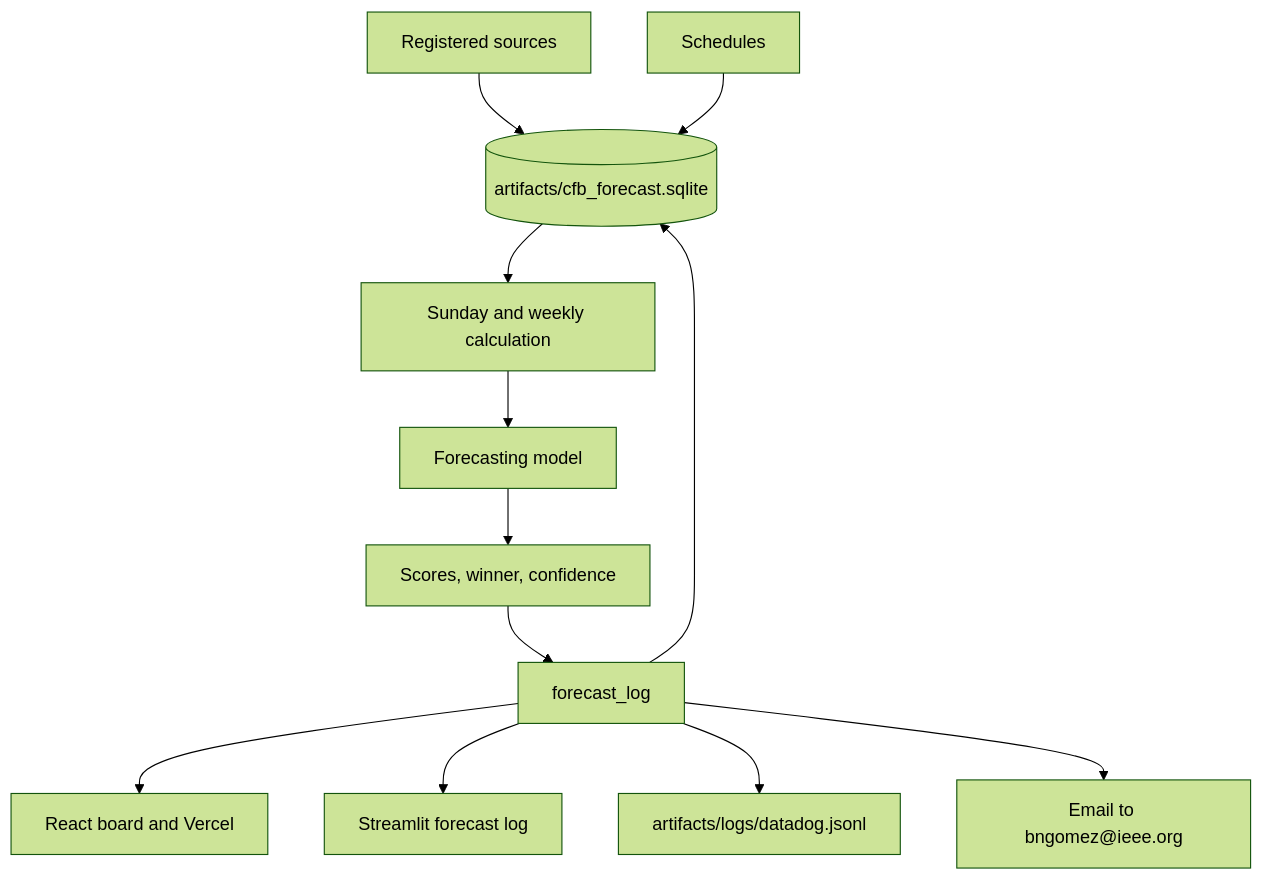
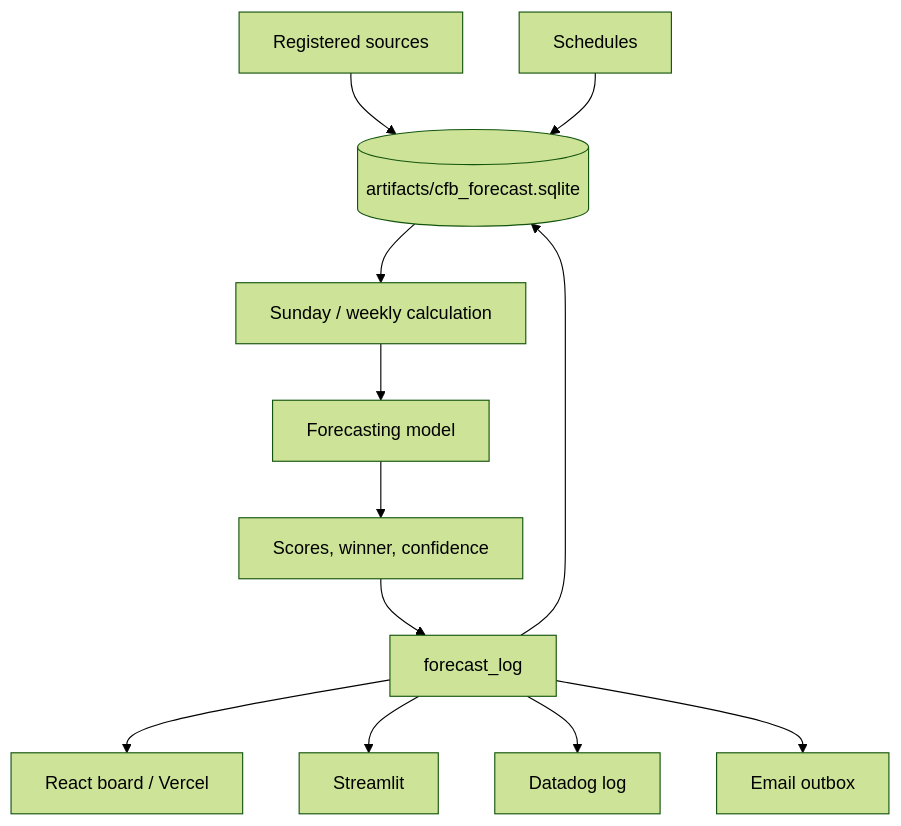
One commit to bngomez98/cfb-forecast changed the diagram in README.md. Above: the diagram before and after it, drawn with Mermaid (forest theme). The commit also changed other lines of this file, not shown here.

````diff
--- a/README.md
+++ b/README.md
@@ -44,14 +46,14 @@
 ```mermaid
 flowchart TD
   sources[Registered sources] --> sqlite[(artifacts/cfb_forecast.sqlite)]
   schedules[Schedules] --> sqlite
-  sqlite --> sunday[Sunday and weekly calculation]
+  sqlite --> sunday[Sunday / weekly calculation]
   sunday --> head[Forecasting model]
   head --> board[Scores, winner, confidence]
   board --> log[forecast_log]
   log --> sqlite
-  log --> react[React board and Vercel]
-  log --> streamlit[Streamlit forecast log]
-  log --> datadog[artifacts/logs/datadog.jsonl]
-  log --> mail[Email to bngomez@ieee.org]
+  log --> react[React board / Vercel]
+  log --> streamlit[Streamlit]
+  log --> datadog[Datadog log]
+  log --> mail[Email outbox]
 ```
````
